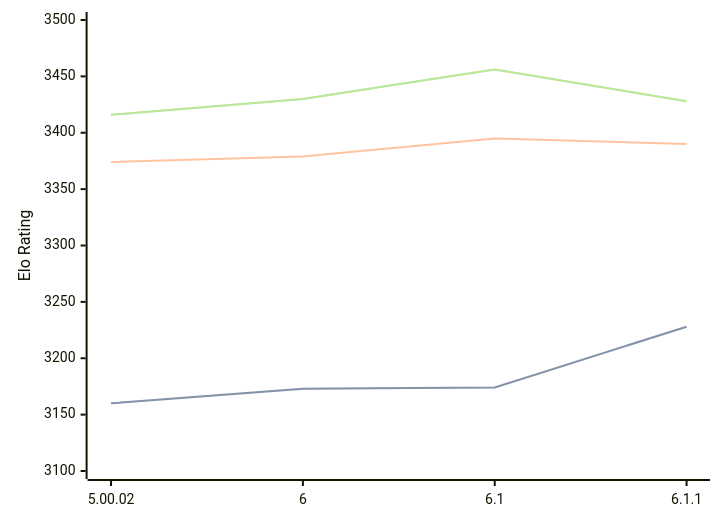
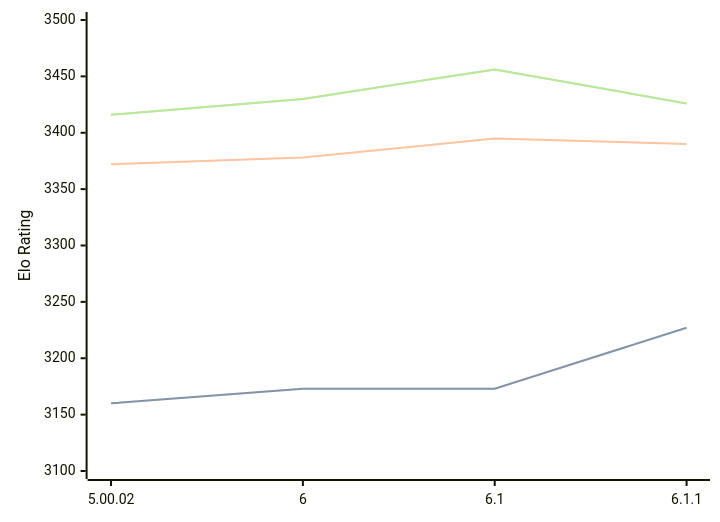
The diagram in engines/Zangdar.md (computer-chess-index/cci), drawn with Mermaid before and after one commit. The commit also changed other lines of this file, not shown here.

Commit message:
Update CCI Ratings (ELO VLTC) - 2026-03-22

````diff
--- a/engines/Zangdar.md
+++ b/engines/Zangdar.md
@@ -46,11 +46,11 @@
 ```mermaid
 %%{init: {"theme":"base","themeVariables":{"seriesColors:['#a3a3a3','#222221','#faa371']}}}%%
 xychart-beta
   x-axis ["5.00.02", "6", "6.1", "6.1.1"]
   y-axis "Elo Rating" 3100 --> 3500
-  line "STC (8.0+0.08s)" [3160, 3173, 3174, 3228]
-  line "STC (8.0+0.08s)" [3160, 3173, 3174, 3228]
-  line "LTC (60.0+0.60s)" [3374, 3379, 3395, 3390]
-  line "VLTC (2m24s+1.12s)" [3416, 3430, 3456, 3428]
-  line "VLTC (2m24s+1.12s)" [3416, 3430, 3456, 3428]
+  line "STC (8.0+0.08s)" [3160, 3173, 3173, 3227]
+  line "STC (8.0+0.08s)" [3160, 3173, 3173, 3227]
+  line "LTC (60.0+0.60s)" [3372, 3378, 3395, 3390]
+  line "VLTC (2m24s+1.12s)" [3416, 3430, 3456, 3426]
+  line "VLTC (2m24s+1.12s)" [3416, 3430, 3456, 3426]
 ```
````
